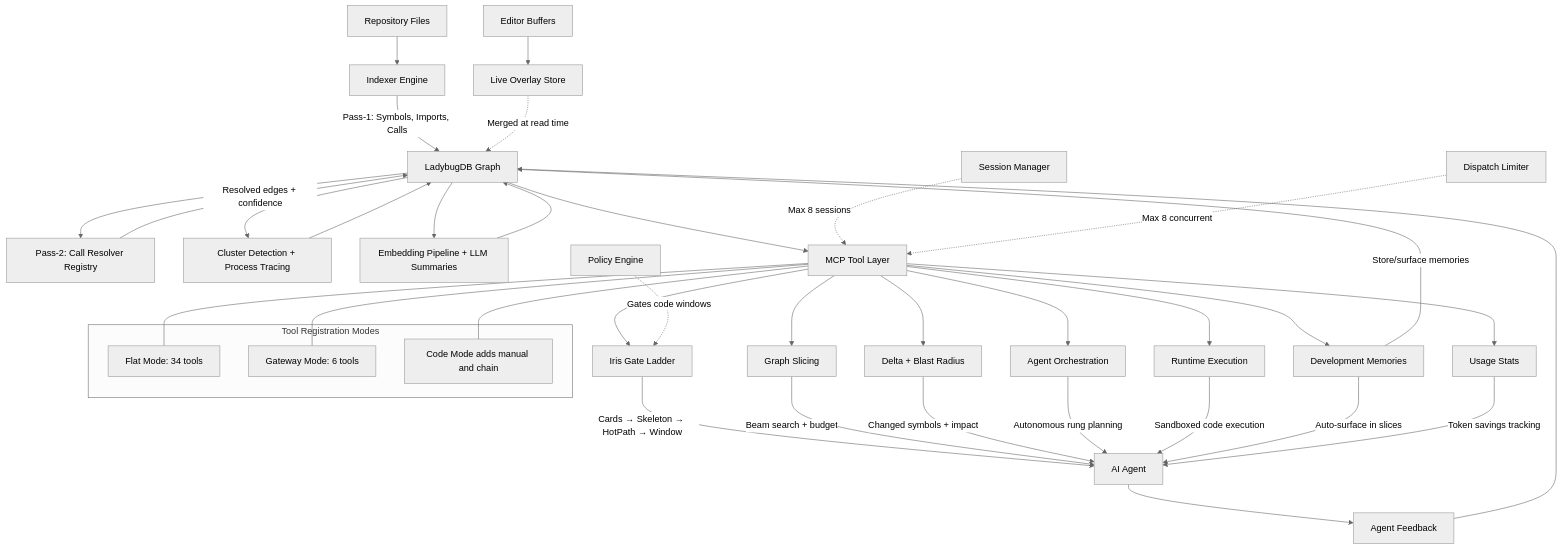
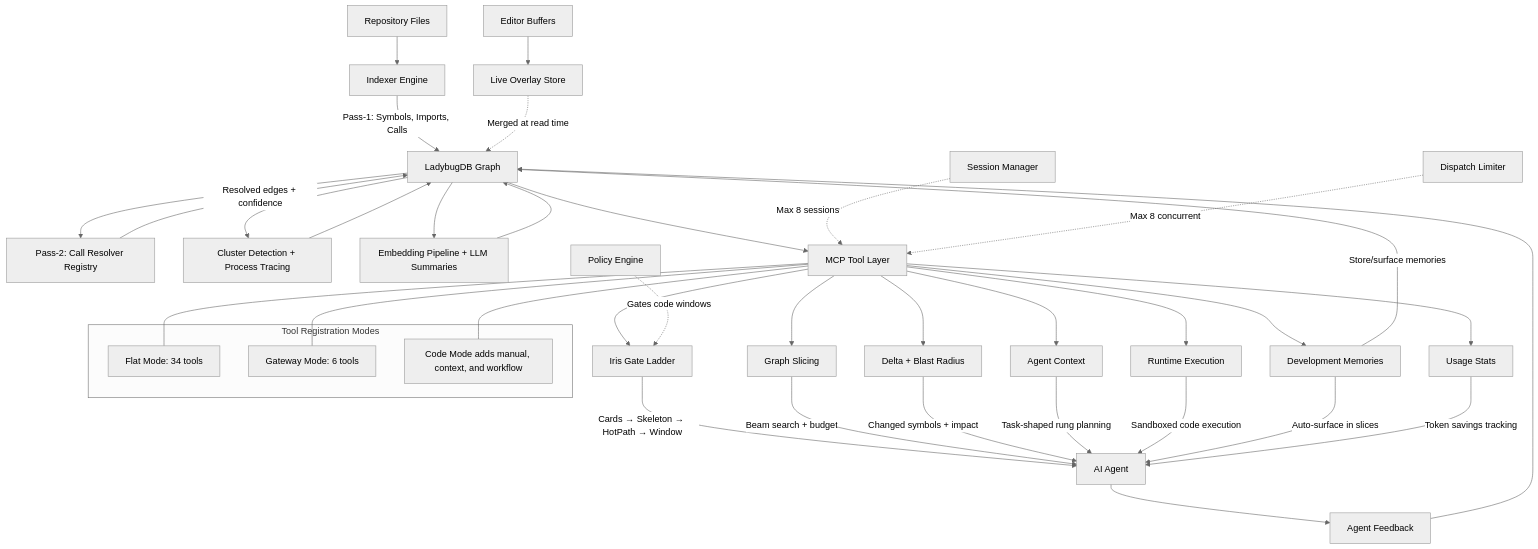
Before and after one commit to GlitterKill/sdl-mcp: the diagram in docs/architecture.md, drawn with Mermaid (neutral theme). The commit also changed other lines of this file and 91 other files, not shown here.

Commit message:
refactor: migrate agent orchestration to context workflow APIs

````diff
--- a/docs/architecture.md
+++ b/docs/architecture.md
@@ -742,57 +743,57 @@
 ```mermaid
 graph TD
     A[Repository Files] --> B[Indexer Engine]
     B --> |Pass-1: Symbols, Imports, Calls| C[LadybugDB Graph]
 
     E[Editor Buffers] --> F[Live Overlay Store]
     F -.-> |Merged at read time| C
 
     C --> G[Pass-2: Call Resolver Registry]
     G --> |Resolved edges + confidence| C
 
     C --> H[Cluster Detection + Process Tracing]
     H --> C
 
     C --> I[Embedding Pipeline + LLM Summaries]
     I --> C
 
     C --> J[MCP Tool Layer]
 
     subgraph Tool Registration Modes
         J1[Flat Mode: 34 tools]
         J2[Gateway Mode: 6 tools]
-        J3[Code Mode adds manual and chain]
+        J3[Code Mode adds manual, context, and workflow]
     end
     J --- J1
     J --- J2
     J --- J3
 
     J --> K[Iris Gate Ladder]
     K --> |Cards → Skeleton → HotPath → Window| L[AI Agent]
 
     J --> M[Graph Slicing]
     M --> |Beam search + budget| L
 
     J --> N[Delta + Blast Radius]
     N --> |Changed symbols + impact| L
 
-    J --> O[Agent Orchestration]
-    O --> |Autonomous rung planning| L
+    J --> O[Agent Context]
+    O --> |Task-shaped rung planning| L
 
     J --> U[Runtime Execution]
     U --> |Sandboxed code execution| L
 
     L --> P[Agent Feedback]
     P --> C
 
     J --> T[Development Memories]
     T --> |Store/surface memories| C
     T --> |Auto-surface in slices| L
 
     J --> V[Usage Stats]
     V --> |Token savings tracking| L
 
     Q[Policy Engine] -.-> |Gates code windows| K
     R[Session Manager] -.-> |Max 8 sessions| J
     S[Dispatch Limiter] -.-> |Max 8 concurrent| J
 ```
````
